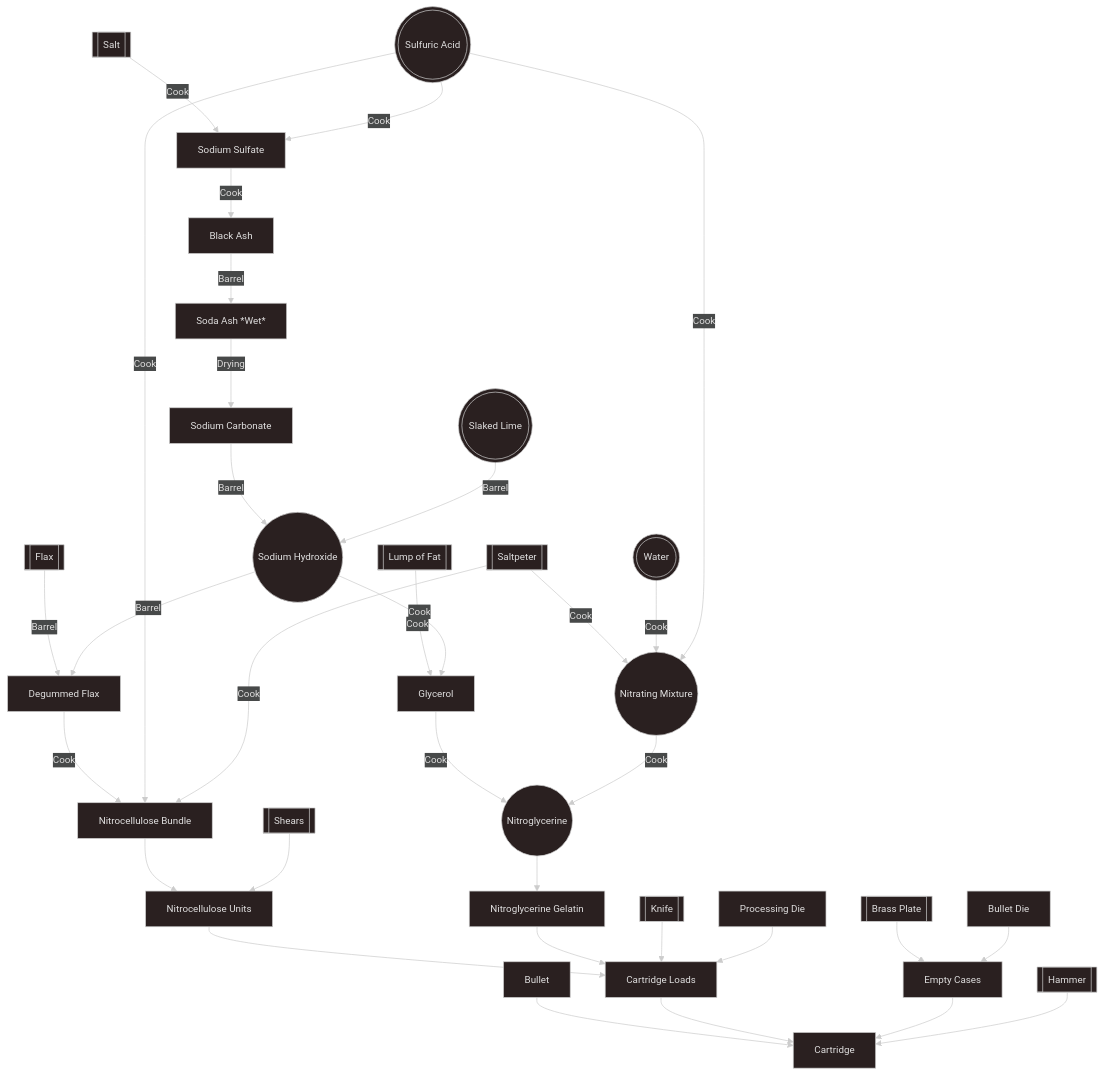
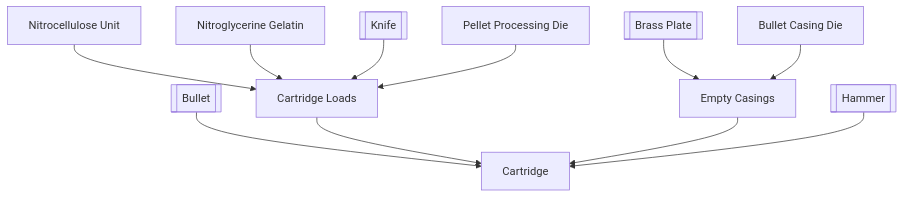
One commit to KesslerMentele/VintageStory-EnhancedFirearms changed the fourth of 4 diagrams in README.md. Above: the diagram before and after it, drawn with Mermaid. The commit also changed other lines of this file and 1 other file, not shown here.

Commit message:
Updated dependencies to include maltiezfirearms, reorganized flowcharts

````diff
--- a/README.md
+++ b/README.md
@@ -5,83 +137,44 @@
 ```mermaid
----
-config:
-  theme: neo-dark
----
 flowchart TD
+
     %% Existing Items
-    salt[["Salt"]]
-    flax[["Flax"]]
-    fat[["Lump of Fat"]]
-    saltpeter[["Saltpeter"]]
-    brassPlate[["Brass Plate"]]
+
+    brassPlate[[Brass Plate]]
     hammer[[Hammer]]
     knife[[Knife]]
-    shears[[Shears]]
-    saltpeter[["Saltpeter"]]
-    
-    
-    %% Existing Fluids
-    sulfuric((("Sulfuric Acid")))
-    slakedLime((("Slaked Lime")))
-    water((("Water")))
-    
-    %% New Fluids
-    nitroglycerine(("Nitroglycerine"))
-    sodiumHydroxide(("Sodium Hydroxide"))
-    nitratingMix(("Nitrating Mixture"))
-    
+
+    %% New Items
+
+    cartridgeLoad[Cartridge Loads]
+    emptyCases[Empty Casings]
+    cartridge[Cartridge]
+    bullet[[Bullet]]
+    bulletDie[Bullet Casing Die]
+    processingDie[Pellet Processing Die]
+    nitroUnits[Nitrocellulose Unit]
+    nitroJelly[Nitroglycerine Gelatin]
     
 
-    
-    %% New Items
-    sodiumCarb["Sodium Carbonate"]
-    glycerol["Glycerol"]
-    nitroJelly["Nitroglycerine Gelatin"]
-    cartridgeLoad["Cartridge Loads"]
-    emptyCases["Empty Cases"]
-    cartridge["Cartridge"]
-    bullet["Bullet"]
-    bulletDie["Bullet Die"]
-    processingDie["Processing Die"]
-    sodiumSulfate["Sodium Sulfate"]
-    blackAsh["Black Ash"]
-    sodaAshWet["Soda Ash *Wet*"]
-    degummedFlax["Degummed Flax"]
-    nitroBundle["Nitrocellulose Bundle"]
-    nitroUnits["Nitrocellulose Units"]
-    
-    
-    %% Processes
-    salt-- Cook --> sodiumSulfate
-    sulfuric -- Cook --> sodiumSulfate
-    sodiumSulfate -- Cook --> blackAsh
-    blackAsh -- Barrel --> sodaAshWet
-    sodaAshWet -- Drying--> sodiumCarb
-    sodiumCarb -- Barrel --> sodiumHydroxide
-    slakedLime -- Barrel --> sodiumHydroxide
-    flax -- Barrel --> degummedFlax
-    sodiumHydroxide -- Barrel --> degummedFlax
-    degummedFlax -- Cook --> nitroBundle
-    sulfuric -- Cook --> nitroBundle
-    saltpeter -- Cook --> nitroBundle
-    nitroBundle --> nitroUnits
-    fat -- Cook --> glycerol
-    sodiumHydroxide -- Cook --> glycerol
-    saltpeter -- Cook --> nitratingMix
-    water-- Cook --> nitratingMix
-    sulfuric -- Cook --> nitratingMix
-    glycerol -- Cook --> nitroglycerine
-    nitratingMix -- Cook --> nitroglycerine
+    %% Connections
+
     nitroUnits --> cartridgeLoad
-    nitroglycerine --> nitroJelly
+
     nitroJelly --> cartridgeLoad
+
     brassPlate --> emptyCases
+
     bullet --> cartridge
+
     cartridgeLoad --> cartridge
+
     emptyCases --> cartridge
+
     hammer --> cartridge
+
     knife --> cartridgeLoad
-    shears --> nitroUnits
+
     bulletDie --> emptyCases
+
     processingDie --> cartridgeLoad
+
 ```
````
